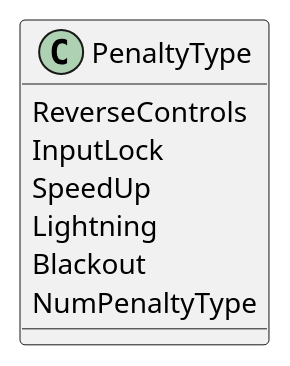
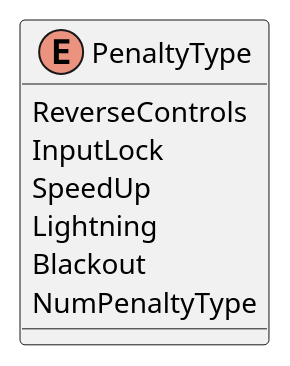
The diagram in doc/uml/class/game/tetris_royal_lib/effect/Penalty/Penalty.plantuml (ulb-info2-group5/Royal-Blocks), drawn with PlantUML before and after one commit. The commit also changed 1 other file, not shown here.

Commit message:
need to still work on the diagrams

```diff
--- a/doc/uml/class/game/tetris_royal_lib/effect/Penalty/Penalty.plantuml
+++ b/doc/uml/class/game/tetris_royal_lib/effect/Penalty/Penalty.plantuml
@@ -1,12 +1,12 @@
 @startuml (id=PenaltyType)
 
-class PenaltyType {
+enum PenaltyType {
     ReverseControls
     InputLock
     SpeedUp
     Lightning
     Blackout
     NumPenaltyType
 }
 
 @enduml
```
